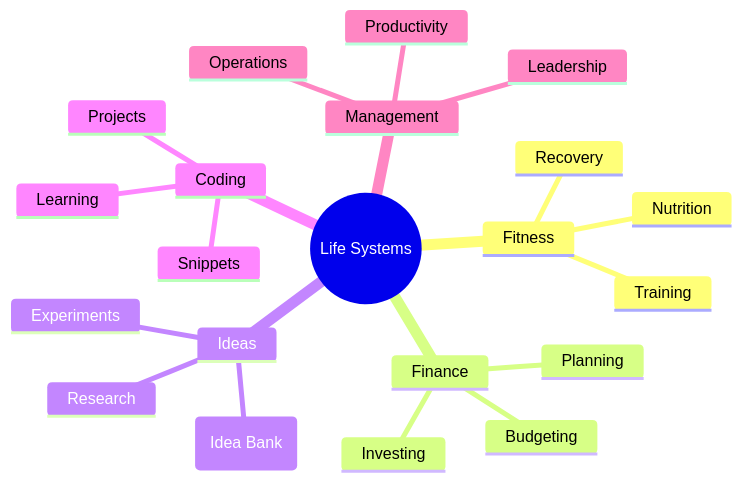
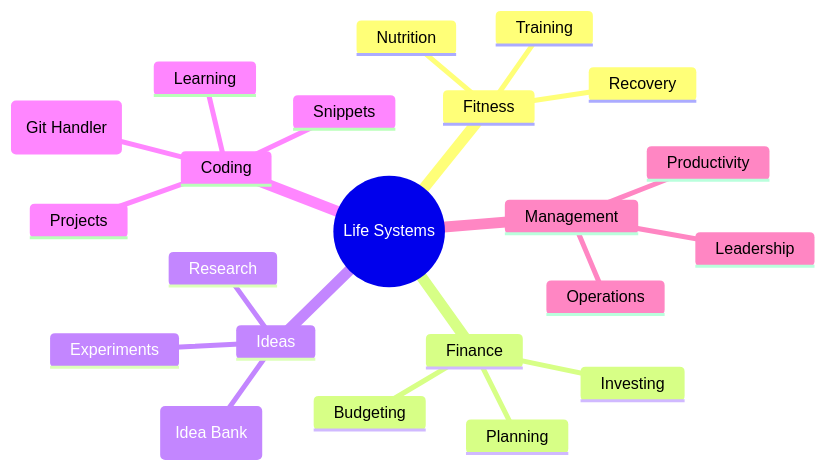
Before and after one commit to indiana12/Mission-values: the diagram in Life-Systems/structure-map.md, drawn with Mermaid. The commit also changed 3 other files, not shown here.

Commit message:
Backup: update git handler docs

````diff
--- a/Life-Systems/structure-map.md
+++ b/Life-Systems/structure-map.md
@@ -3,24 +3,25 @@
 ```mermaid
 mindmap
   root((Life Systems))
     Fitness
       Training
       Nutrition
       Recovery
     Finance
       Budgeting
       Investing
       Planning
     Ideas
       ("Idea Bank")
       Research
       Experiments
     Coding
       Learning
       Projects
       Snippets
+      ("Git Handler")
     Management
       Productivity
       Leadership
       Operations
 ```
````
